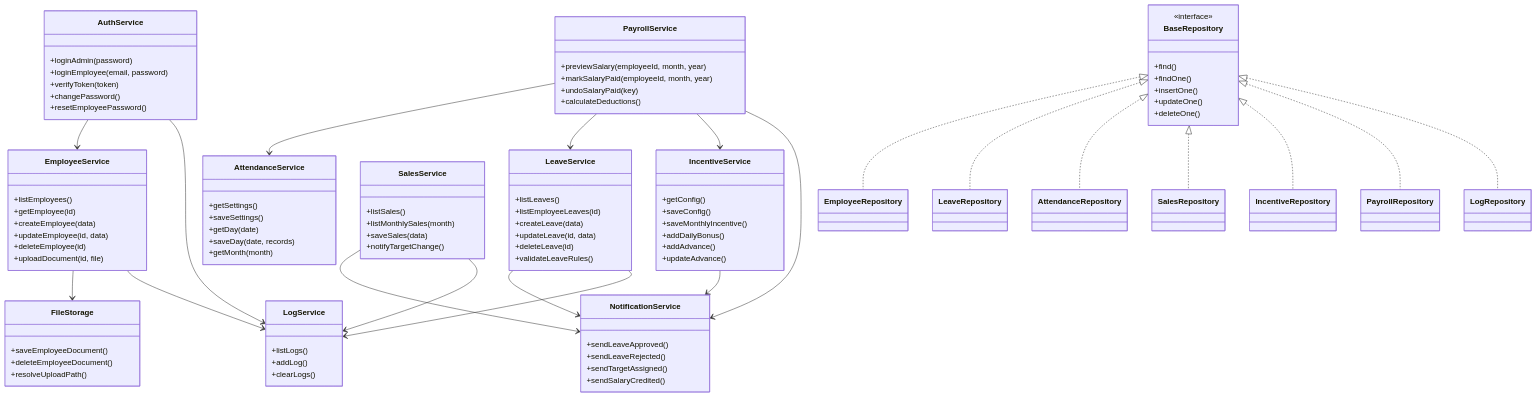
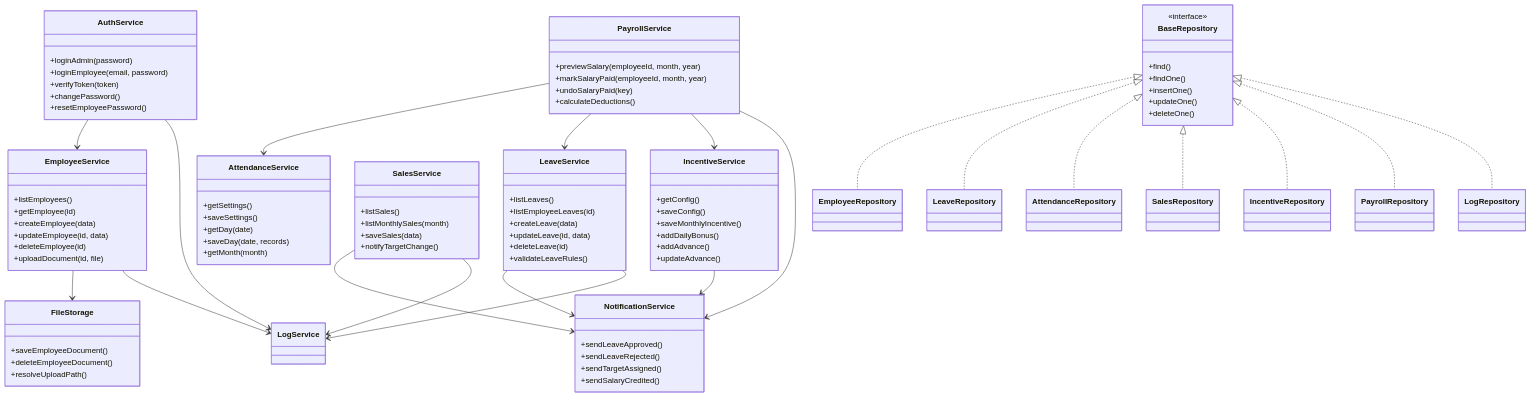
The third of 40 diagrams in enterprise-architecture-diagrams.md (samarth207/DD_HR), drawn with Mermaid before and after one commit. The commit also changed 25 other files, not shown here.

```diff
--- a/enterprise-architecture-diagrams.md
+++ b/enterprise-architecture-diagrams.md
@@ -102,12 +102,6 @@
         +updateAdvance()
     }
 
-    class LogService {
-        +listLogs()
-        +addLog()
-        +clearLogs()
-    }
-
     class NotificationService {
         +sendLeaveApproved()
         +sendLeaveRejected()
```
